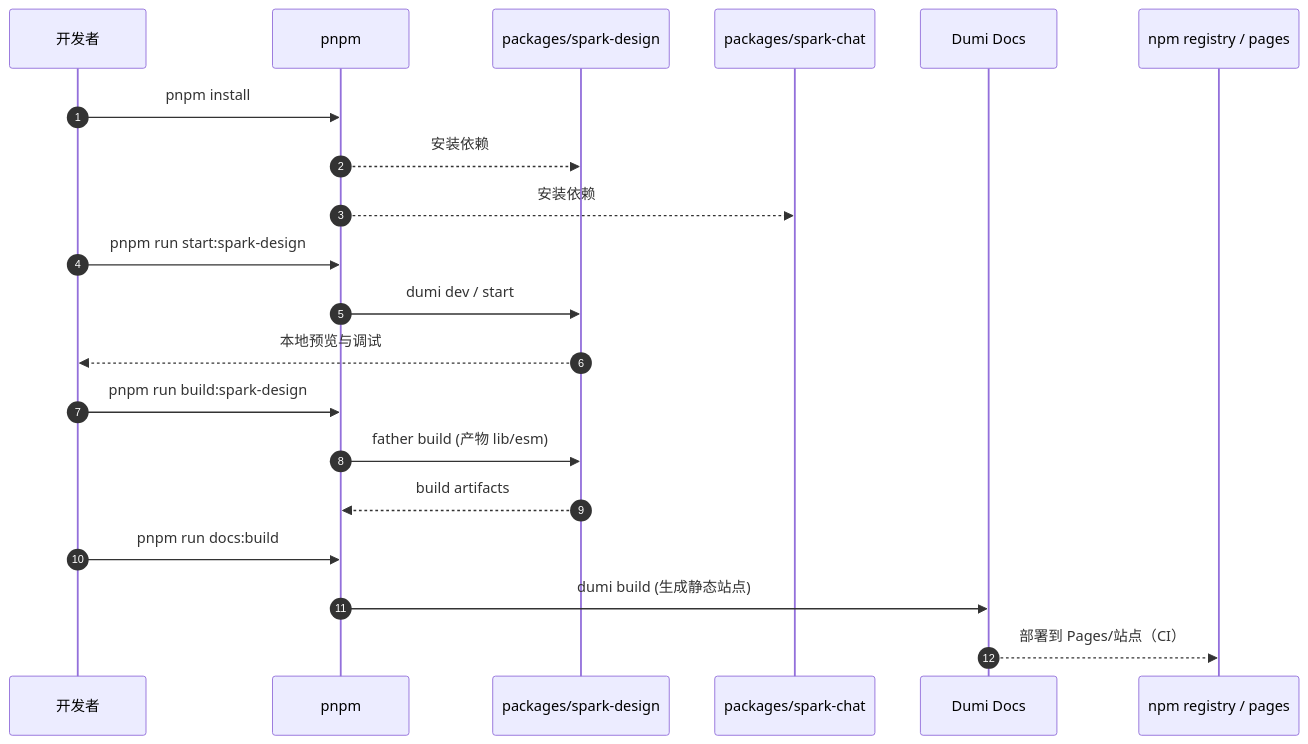
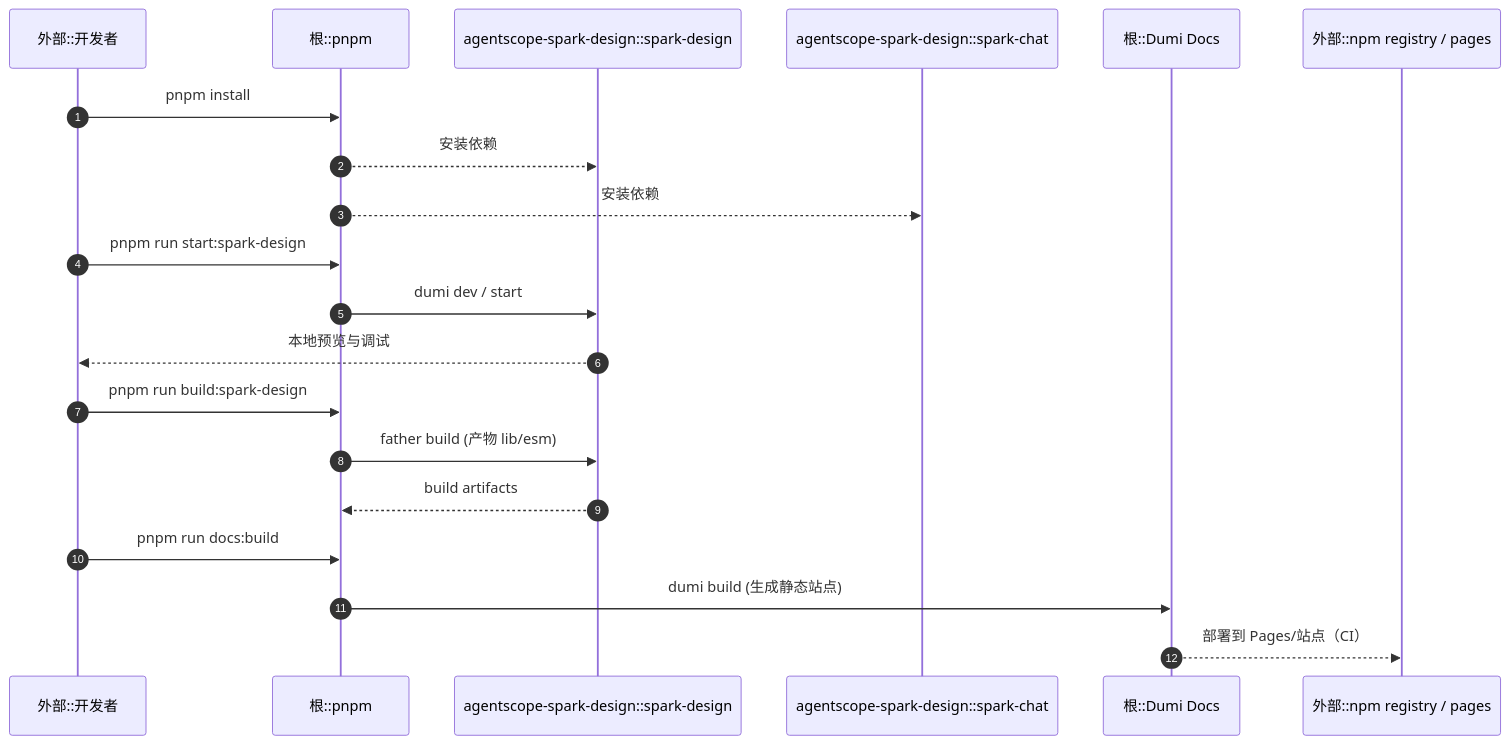
Before and after one commit to a2903214/agentscope-learning: the third of 3 diagrams in docs/agentscope-codebase/40-agentscope-spark-design/overall_design.zh-CN.md, drawn with Mermaid. The commit also changed other lines of this file and 8 other files, not shown here.

Commit message:
更新文档：完善整体设计与模块结构分析，增加时序图与模块调用关系图，采用模块::参与者形式标注参与者来源。涉及内容包括 agentscope、agentscope-runtime、agentscope-studio、agentscope-spark-design 和 agentscope-samples 的代码结构与功能描述。

````diff
--- a/docs/agentscope-codebase/40-agentscope-spark-design/overall_design.zh-CN.md
+++ b/docs/agentscope-codebase/40-agentscope-spark-design/overall_design.zh-CN.md
@@ -40,26 +100,26 @@
 ```mermaid
 sequenceDiagram
   autonumber
-  participant Dev as 开发者
-  participant PN as pnpm
-  participant SD as packages/spark-design
-  participant SC as packages/spark-chat
-  participant DOC as Dumi Docs
-  participant REG as npm registry / pages
+  participant Dev as 外部::开发者
+  participant PN as 根::pnpm
+  participant SD as agentscope-spark-design::spark-design
+  participant SC as agentscope-spark-design::spark-chat
+  participant DOC as 根::Dumi Docs
+  participant REG as 外部::npm registry / pages
 
   Dev->>PN: pnpm install
   PN-->>SD: 安装依赖
   PN-->>SC: 安装依赖
 
   Dev->>PN: pnpm run start:spark-design
   PN->>SD: dumi dev / start
   SD-->>Dev: 本地预览与调试
 
   Dev->>PN: pnpm run build:spark-design
   PN->>SD: father build (产物 lib/esm)
   SD-->>PN: build artifacts
 
   Dev->>PN: pnpm run docs:build
   PN->>DOC: dumi build (生成静态站点)
   DOC-->>REG: 部署到 Pages/站点（CI）
 ```
````
